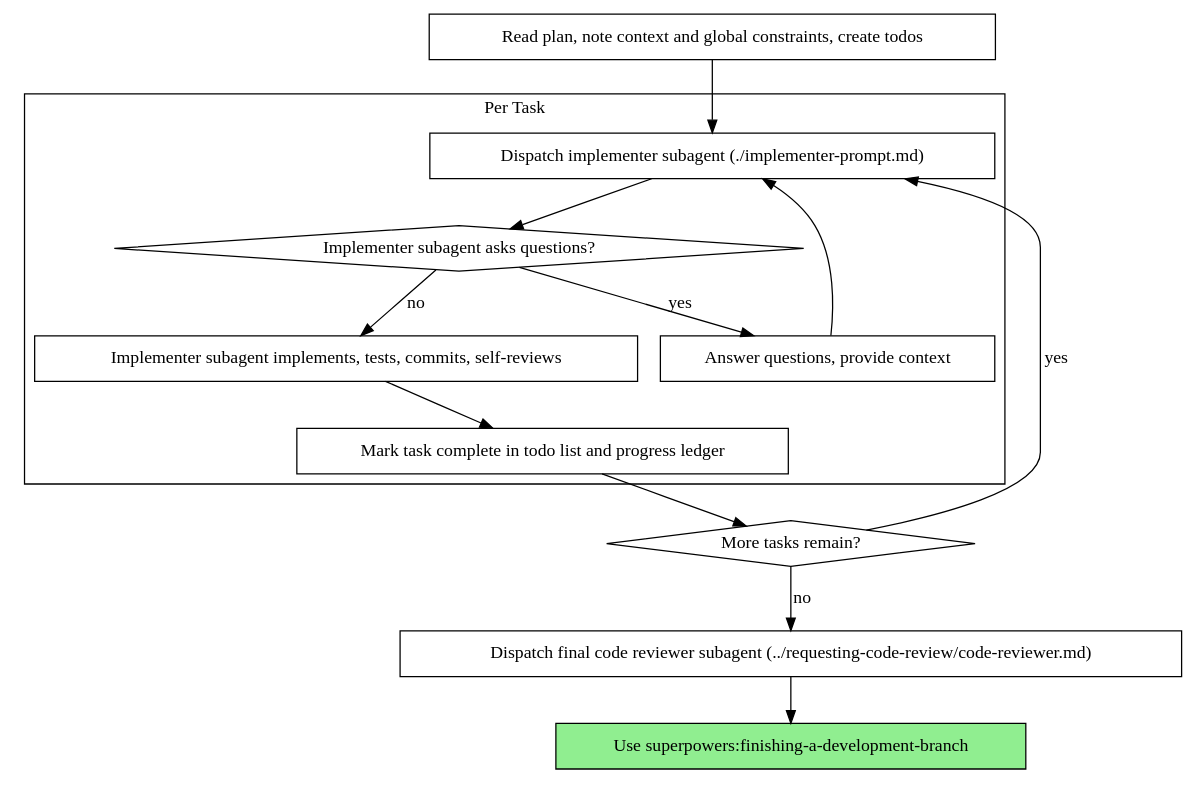
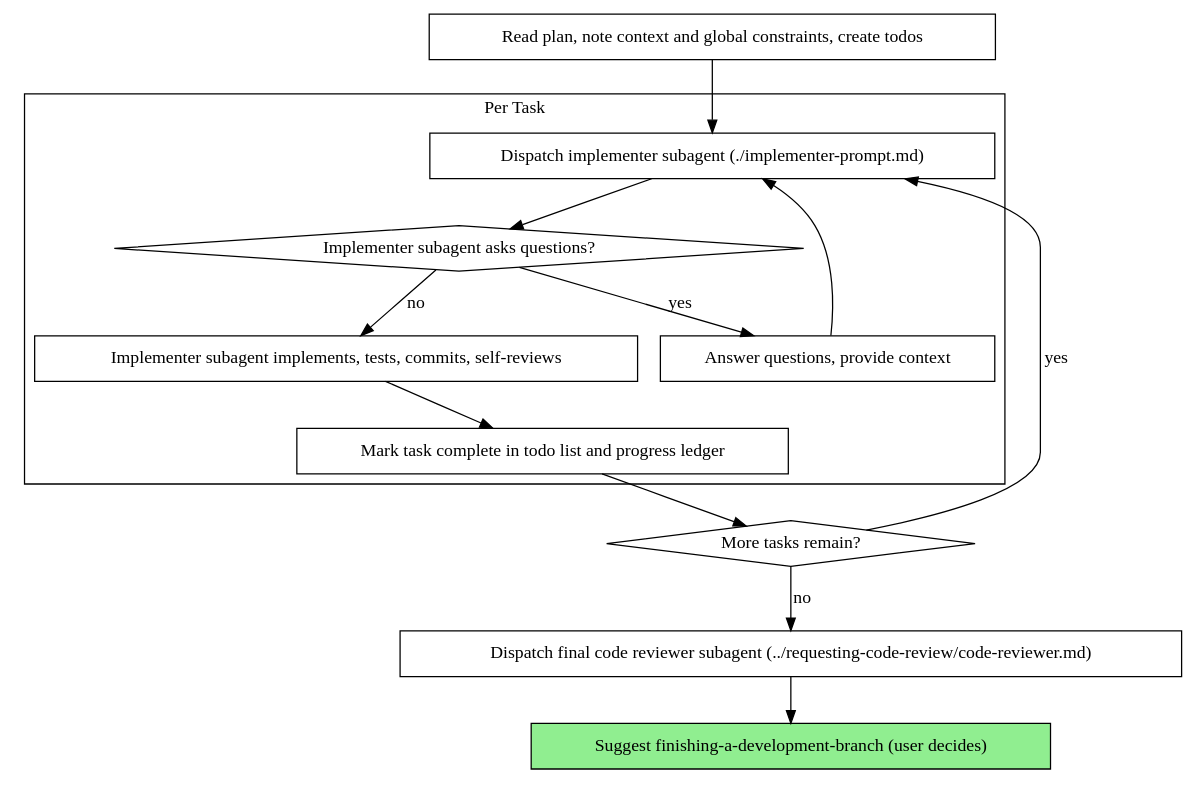
The second of 2 diagrams in skills/subagent-driven-development/SKILL.md (CagesThrottleUs/private-ai-harness), drawn with Graphviz before and after one commit. The commit also changed other lines of this file and 56 other files, not shown here.

````diff
--- a/skills/subagent-driven-development/SKILL.md
+++ b/skills/subagent-driven-development/SKILL.md
@@ -47,30 +47,30 @@
 ```dot
 digraph process {
     rankdir=TB;
 
     subgraph cluster_per_task {
         label="Per Task";
         "Dispatch implementer subagent (./implementer-prompt.md)" [shape=box];
         "Implementer subagent asks questions?" [shape=diamond];
         "Answer questions, provide context" [shape=box];
         "Implementer subagent implements, tests, commits, self-reviews" [shape=box];
         "Mark task complete in todo list and progress ledger" [shape=box];
     }
 
     "Read plan, note context and global constraints, create todos" [shape=box];
     "More tasks remain?" [shape=diamond];
     "Dispatch final code reviewer subagent (../requesting-code-review/code-reviewer.md)" [shape=box];
-    "Use superpowers:finishing-a-development-branch" [shape=box style=filled fillcolor=lightgreen];
+    "Suggest finishing-a-development-branch (user decides)" [shape=box style=filled fillcolor=lightgreen];
 
     "Read plan, note context and global constraints, create todos" -> "Dispatch implementer subagent (./implementer-prompt.md)";
     "Dispatch implementer subagent (./implementer-prompt.md)" -> "Implementer subagent asks questions?";
     "Implementer subagent asks questions?" -> "Answer questions, provide context" [label="yes"];
     "Answer questions, provide context" -> "Dispatch implementer subagent (./implementer-prompt.md)";
     "Implementer subagent asks questions?" -> "Implementer subagent implements, tests, commits, self-reviews" [label="no"];
     "Implementer subagent implements, tests, commits, self-reviews" -> "Mark task complete in todo list and progress ledger";
     "Mark task complete in todo list and progress ledger" -> "More tasks remain?";
     "More tasks remain?" -> "Dispatch implementer subagent (./implementer-prompt.md)" [label="yes"];
     "More tasks remain?" -> "Dispatch final code reviewer subagent (../requesting-code-review/code-reviewer.md)" [label="no"];
-    "Dispatch final code reviewer subagent (../requesting-code-review/code-reviewer.md)" -> "Use superpowers:finishing-a-development-branch";
+    "Dispatch final code reviewer subagent (../requesting-code-review/code-reviewer.md)" -> "Suggest finishing-a-development-branch (user decides)";
 }
 ```
````
